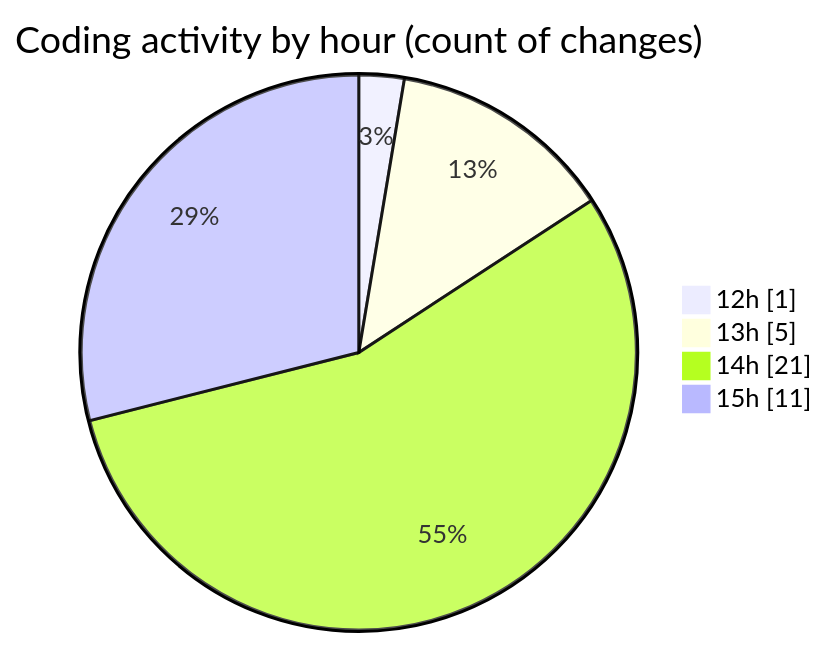
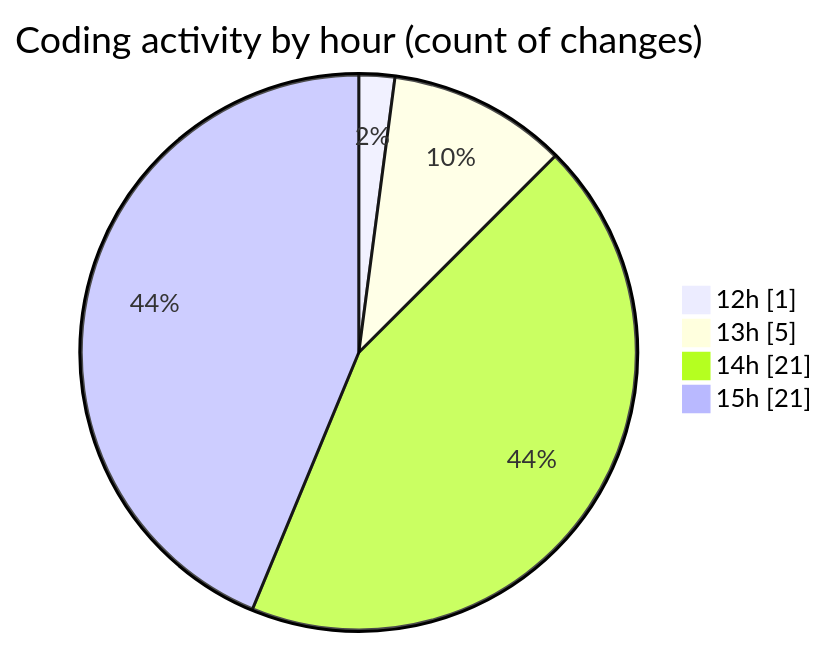
The second of 2 diagrams in 2025-03-10/cda/README.md (momahboobian/code-tracking), drawn with Mermaid before and after one commit. The commit also changed other lines of this file and 1 other file, not shown here.

````diff
--- a/2025-03-10/cda/README.md
+++ b/2025-03-10/cda/README.md
@@ -52,8 +56,8 @@
 ```mermaid
 pie showData
 title Coding activity by hour (count of changes)
 "12h" : 1
 "13h" : 5
 "14h" : 21
-"15h" : 11
+"15h" : 21
 ```
````
